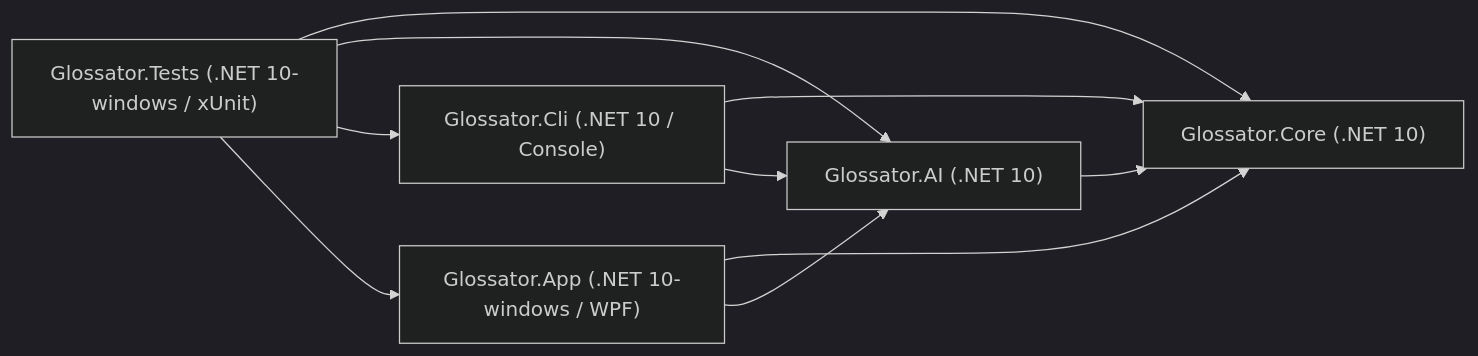
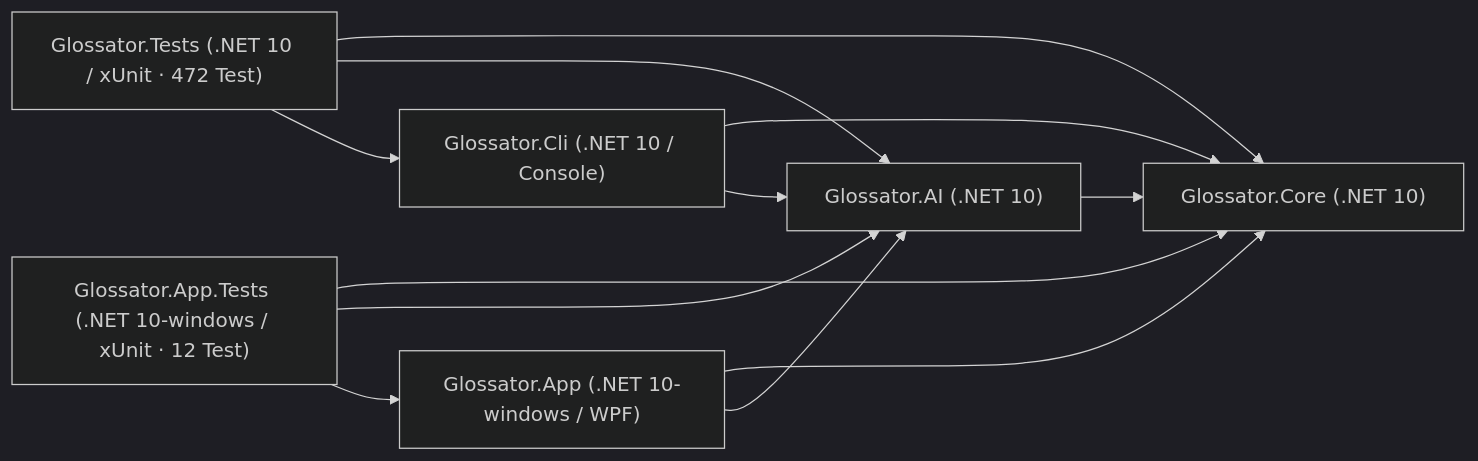
Before and after one commit to chela98/Glossator: the first of 2 diagrams in docs/ARCHITECTURE.md, drawn with Mermaid (dark theme). The commit also changed other lines of this file and 11 other files, not shown here.

````diff
--- a/docs/ARCHITECTURE.md
+++ b/docs/ARCHITECTURE.md
@@ -11,18 +11,21 @@
 ```mermaid
 flowchart LR
     Core["Glossator.Core (.NET 10)"]
     AI["Glossator.AI (.NET 10)"]
     App["Glossator.App (.NET 10-windows / WPF)"]
     Cli["Glossator.Cli (.NET 10 / Console)"]
-    Tests["Glossator.Tests (.NET 10-windows / xUnit)"]
+    Tests["Glossator.Tests (.NET 10 / xUnit · 472 Test)"]
+    AppTests["Glossator.App.Tests (.NET 10-windows / xUnit · 12 Test)"]
 
     AI --> Core
     App --> Core
     App --> AI
     Cli --> Core
     Cli --> AI
     Tests --> Core
     Tests --> AI
     Tests --> Cli
-    Tests --> App
+    AppTests --> Core
+    AppTests --> AI
+    AppTests --> App
 ```
````
